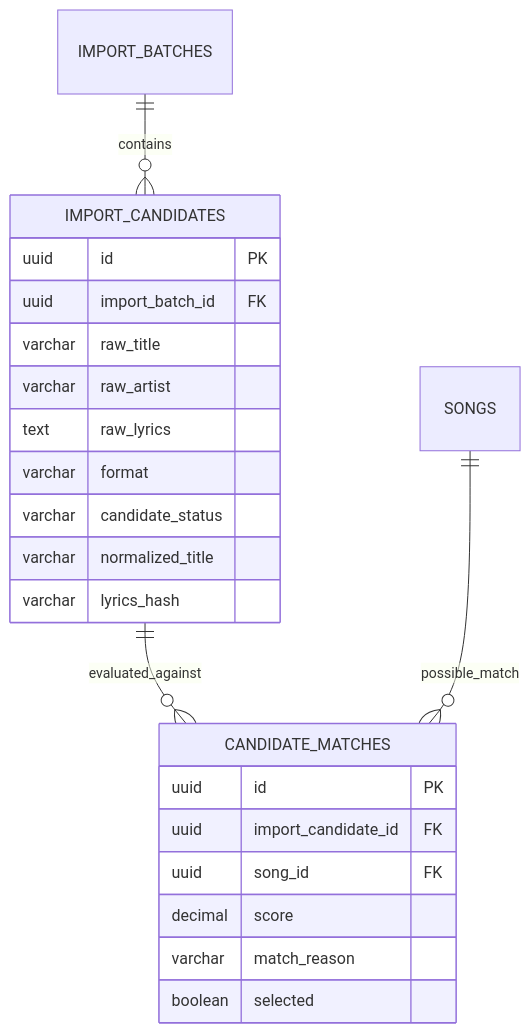
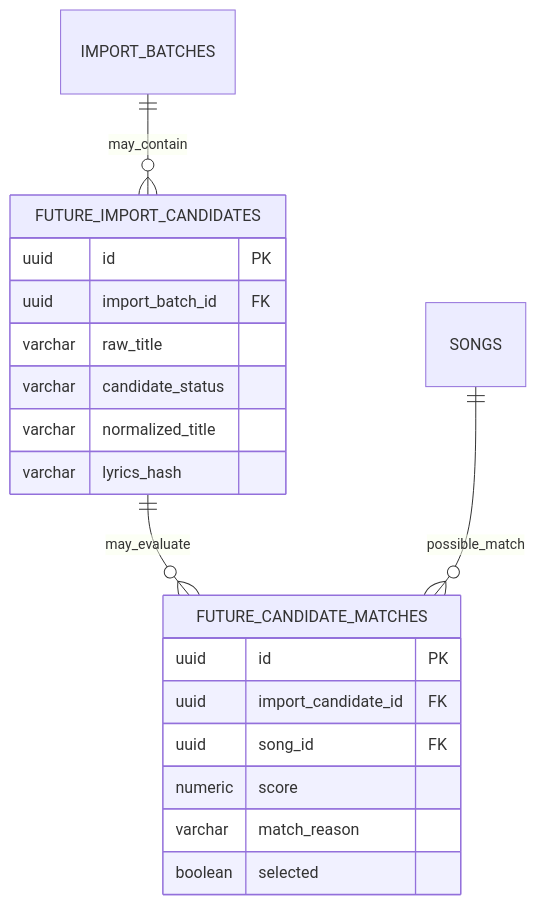
Before and after one commit to homeputers/cadentia: the third of 3 diagrams in docs/diagrams/er-diagrams.md, drawn with Mermaid. The commit also changed other lines of this file and 2 other files, not shown here.

Commit message:
docs: update adr-001 architecture documentation (#10)

````diff
--- a/docs/diagrams/er-diagrams.md
+++ b/docs/diagrams/er-diagrams.md
@@ -188,27 +192,24 @@
 ```mermaid
 erDiagram
-    IMPORT_BATCHES ||--o{ IMPORT_CANDIDATES : contains
-    IMPORT_CANDIDATES ||--o{ CANDIDATE_MATCHES : evaluated_against
-    SONGS ||--o{ CANDIDATE_MATCHES : possible_match
+    IMPORT_BATCHES ||--o{ FUTURE_IMPORT_CANDIDATES : may_contain
+    FUTURE_IMPORT_CANDIDATES ||--o{ FUTURE_CANDIDATE_MATCHES : may_evaluate
+    SONGS ||--o{ FUTURE_CANDIDATE_MATCHES : possible_match
 
-    IMPORT_CANDIDATES {
+    FUTURE_IMPORT_CANDIDATES {
         uuid id PK
         uuid import_batch_id FK
         varchar raw_title
-        varchar raw_artist
-        text raw_lyrics
-        varchar format
         varchar candidate_status
         varchar normalized_title
         varchar lyrics_hash
     }
 
-    CANDIDATE_MATCHES {
+    FUTURE_CANDIDATE_MATCHES {
         uuid id PK
         uuid import_candidate_id FK
         uuid song_id FK
-        decimal score
+        numeric score
         varchar match_reason
         boolean selected
     }
 ```
````
